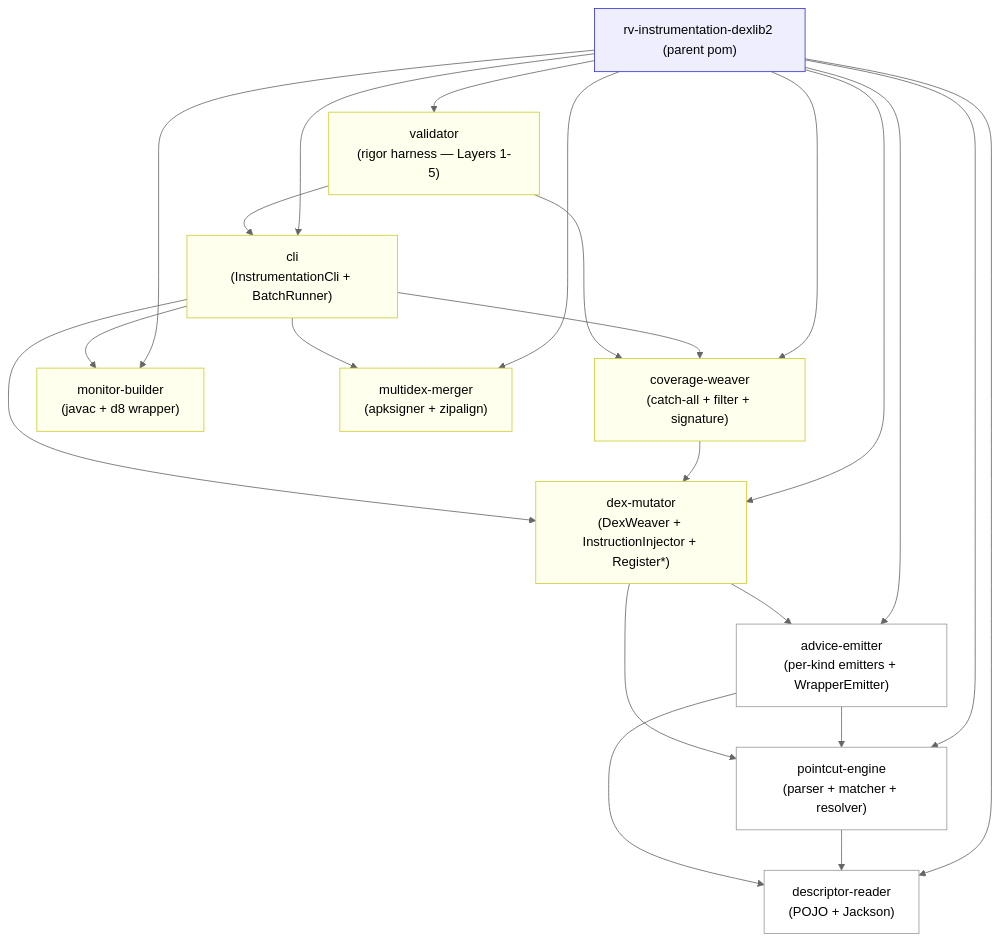
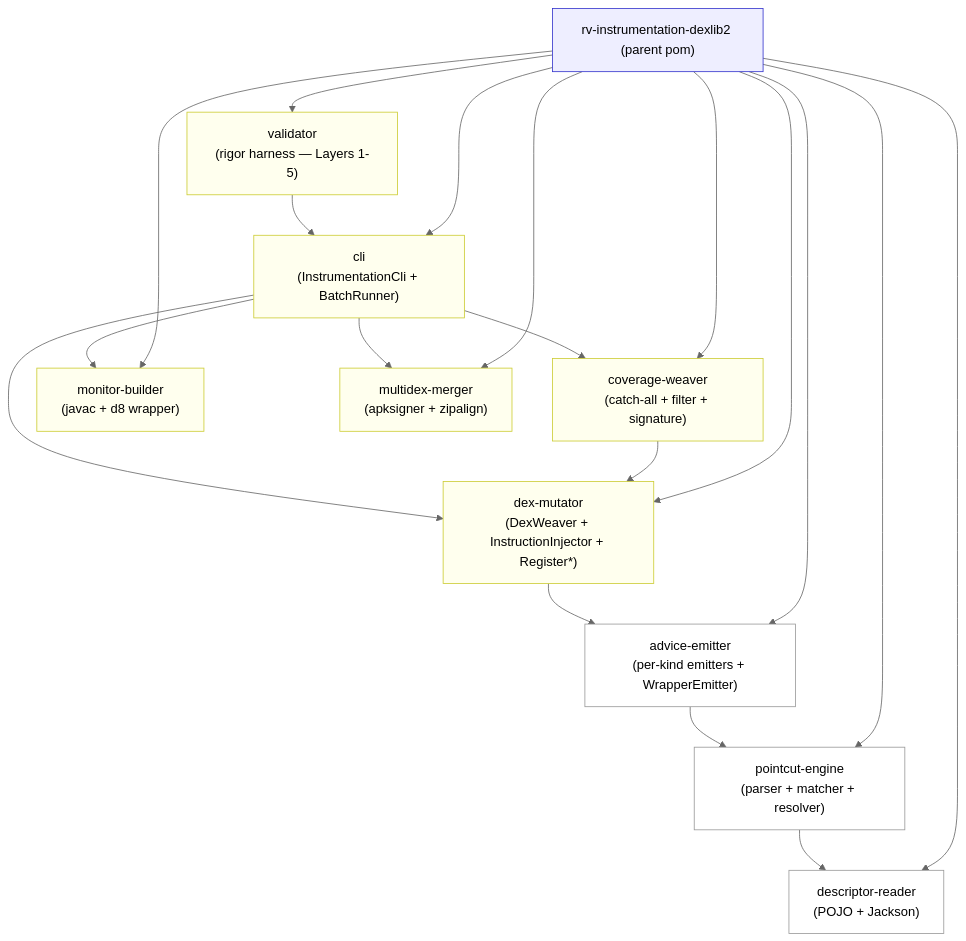
One commit to PAMunb/rvsec changed the second of 6 diagrams in rv-android/openspec/changes/gh52-instr-dexlib2/design.md. Above: the diagram before and after it, drawn with Mermaid (neutral theme). The commit also changed other lines of this file and 8 other files, not shown here.

````diff
--- a/rv-android/openspec/changes/gh52-instr-dexlib2/design.md
+++ b/rv-android/openspec/changes/gh52-instr-dexlib2/design.md
@@ -93,35 +94,32 @@
 ```mermaid
 flowchart TB
     PARENT["rv-instrumentation-dexlib2 (parent pom)"]
     PARENT --> M1["descriptor-reader<br/>(POJO + Jackson)"]
     PARENT --> M2["pointcut-engine<br/>(parser + matcher + resolver)"]
     PARENT --> M3["advice-emitter<br/>(per-kind emitters + WrapperEmitter)"]
     PARENT --> M4["dex-mutator<br/>(DexWeaver + InstructionInjector + Register*)"]
     PARENT --> M5["coverage-weaver<br/>(catch-all + filter + signature)"]
     PARENT --> M6["monitor-builder<br/>(javac + d8 wrapper)"]
     PARENT --> M7["multidex-merger<br/>(apksigner + zipalign)"]
     PARENT --> M8["cli<br/>(InstrumentationCli + BatchRunner)"]
     PARENT --> M9["validator<br/>(rigor harness — Layers 1-5)"]
 
     M2 --> M1
-    M3 --> M1
     M3 --> M2
     M4 --> M3
-    M4 --> M2
     M5 --> M4
     M8 --> M4
     M8 --> M5
     M8 --> M6
     M8 --> M7
     M9 --> M8
-    M9 --> M5
 
     classDef root fill:#eef,stroke:#33c
     classDef pure fill:#fff,stroke:#999
     classDef io fill:#ffe,stroke:#cc3
     class PARENT root
     class M1,M2,M3 pure
     class M4,M5 io
     class M6,M7,M8 io
     class M9 io
 ```
````
